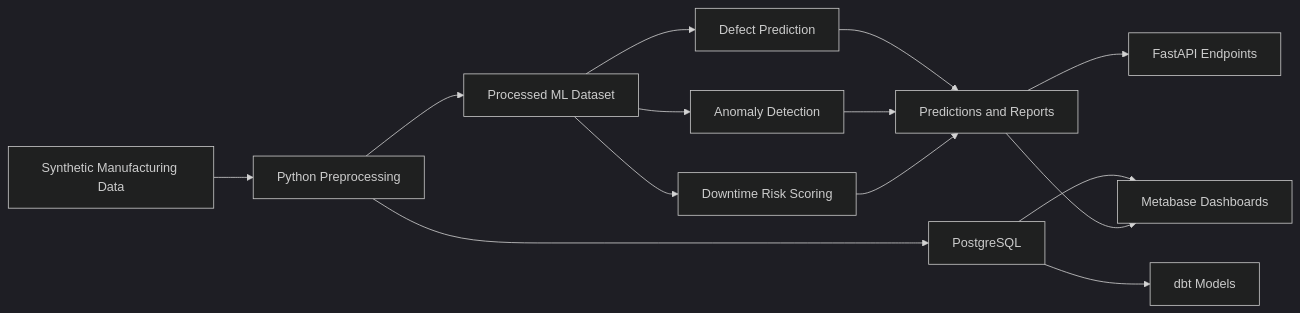
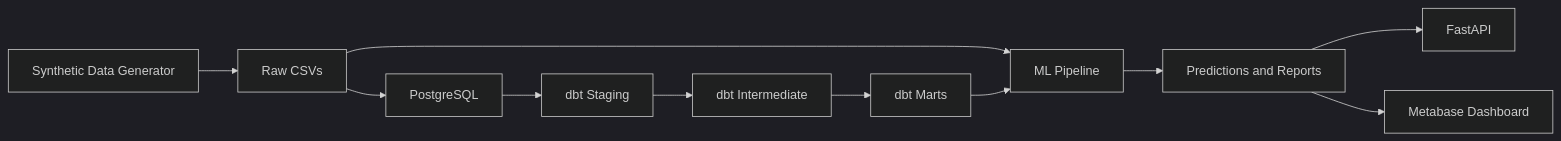
The diagram in README.md (tusharg007/Equipment-Anomaly-Intelligence), drawn with Mermaid (dark theme) before and after one commit. The commit also changed other lines of this file and 4 other files, not shown here.

````diff
--- a/README.md
+++ b/README.md
@@ -45,16 +46,13 @@
 ```mermaid
 flowchart LR
-    A["Synthetic Manufacturing Data"] --> B["Python Preprocessing"]
-    B --> C["Processed ML Dataset"]
-    B --> D["PostgreSQL"]
-    D --> E["dbt Models"]
-    C --> F["Defect Prediction"]
-    C --> G["Anomaly Detection"]
-    C --> H["Downtime Risk Scoring"]
-    F --> I["Predictions and Reports"]
-    G --> I
-    H --> I
-    D --> J["Metabase Dashboards"]
-    I --> K["FastAPI Endpoints"]
-    I --> J
+    A["Synthetic Data Generator"] --> B["Raw CSVs"]
+    B --> C["PostgreSQL"]
+    C --> D["dbt Staging"]
+    D --> E["dbt Intermediate"]
+    E --> F["dbt Marts"]
+    B --> G["ML Pipeline"]
+    F --> G
+    G --> H["Predictions and Reports"]
+    H --> I["FastAPI"]
+    H --> J["Metabase Dashboard"]
 ```
````
